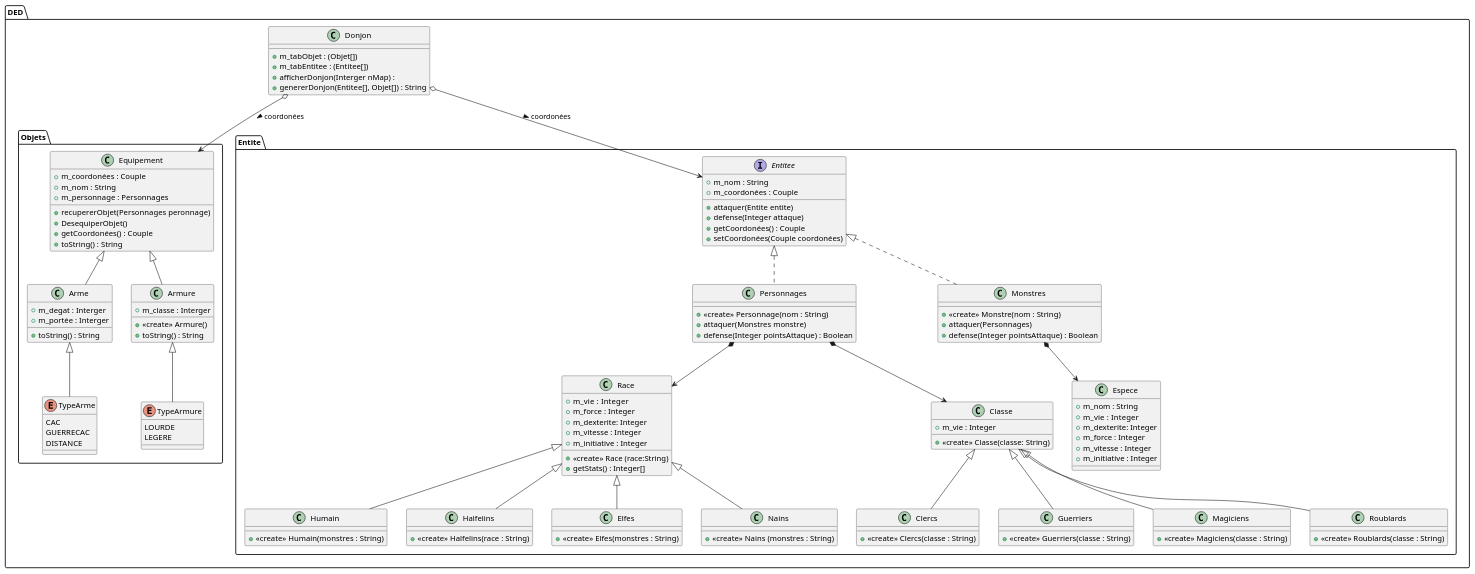
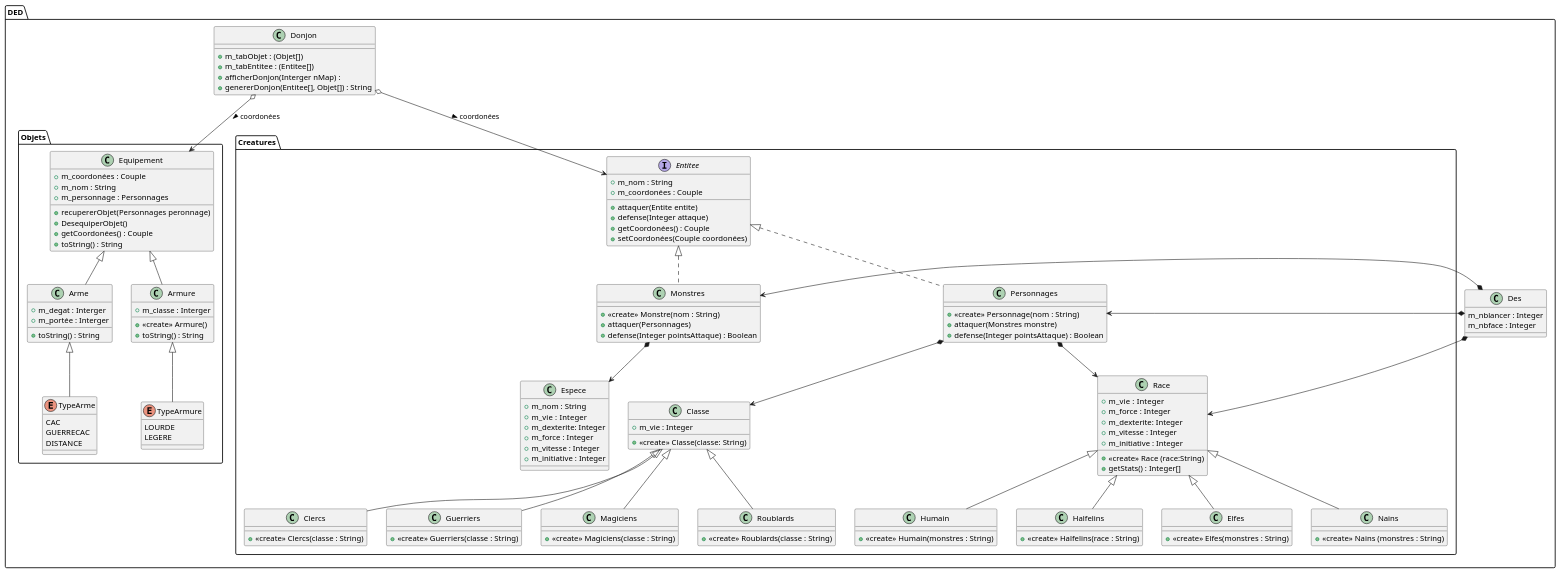
The diagram in uml/umlDeD.puml (prise12/Donjons-et-Dragons), drawn with PlantUML before and after one commit. The commit also changed 11 other files, not shown here.

```diff
--- a/uml/umlDeD.puml
+++ b/uml/umlDeD.puml
@@ -1,177 +1,185 @@
 @startuml
 'https://plantuml.com/class-diagram
 scale 1
 
 package DED{
+
+    class Des{
+    m_nblancer : Integer
+    m_nbface : Integer
+    }
+
 
     package Objets {
 
 
 
         class Equipement {
             + m_coordonées : Couple
             + m_nom : String
             + m_personnage : Personnages
             + recupererObjet(Personnages peronnage)
             + DesequiperObjet()
             + getCoordonées() : Couple
             + toString() : String
 
         }
 
         class Arme extends Equipement
         {
 
                 + m_degat : Interger
                 + m_portée : Interger
                 + toString() : String
         }
 
         enum TypeArme extends Arme
         {
             CAC
             GUERRECAC
             DISTANCE
         }
 
         class Armure extends Equipement
         {
                 + <<create>> Armure()
                 + m_classe : Interger
                 + toString() : String
         }
 
         enum TypeArmure    extends Armure
         {
             LOURDE
             LEGERE
         }
 
     }
 
-    package Entite {
+    package Creatures {
             interface Entitee
             {
                 + m_nom : String
                 + m_coordonées : Couple
                 + attaquer(Entite entite)
                 + defense(Integer attaque)
                 + getCoordonées() : Couple
                 + setCoordonées(Couple coordonées)
             }
 
             class Personnages implements Entitee
             {
                 +<<create>> Personnage(nom : String)
                 +attaquer(Monstres monstre)
                 +defense(Integer pointsAttaque) : Boolean
             }
 
             class Race
             {
                 + <<create>> Race (race:String)
                 + m_vie  : Integer
                 + m_force : Integer
                 + m_dexterite: Integer
                 + m_vitesse : Integer
                 + m_initiative : Integer
                 + getStats() : Integer[]
 
             }
 
             class Humain extends Race
             {
                 +<<create>> Humain(monstres : String)
 
             }
 
             class Halfelins extends Race
             {
                 +<<create>> Halfelins(race : String)
 
             }
 
             class Elfes extends Race
             {
                 +<<create>> Elfes(monstres : String)
 
             }
 
             class Nains extends Race
             {
                 +<<create>> Nains (monstres : String)
 
             }
 
             class Classe
             {
                 +<<create>> Classe(classe: String)
                 +m_vie : Integer
             }
 
             class Clercs extends Classe
             {
                 +<<create>> Clercs(classe : String)
 
 
             }
 
             class Guerriers extends Classe
             {
                 +<<create>> Guerriers(classe : String)
 
             }
 
             class Magiciens extends Classe
             {
                 +<<create>> Magiciens(classe : String)
             }
 
             class Roublards extends Classe
             {
                 +<<create>> Roublards(classe : String)
             }
 
             class Monstres implements Entitee
             {
 
                 +<<create>> Monstre(nom : String)
                 +attaquer(Personnages)
                 +defense(Integer pointsAttaque) : Boolean
             }
 
             class Espece
             {
                 +m_nom : String
                 +m_vie  : Integer
                 +m_dexterite: Integer
                 +m_force : Integer
                 +m_vitesse : Integer
                 +m_initiative : Integer
             }
 
     }
 
 
     class Donjon
     {
-
         + m_tabObjet : (Objet[])
         + m_tabEntitee : (Entitee[])
         + afficherDonjon(Interger nMap) :
         + genererDonjon(Entitee[], Objet[]) : String
     }
 
 }
 
 
 Donjon o--> Equipement : > coordonées
 Donjon o--> Entitee: > coordonées
 Personnages *--> Race
 Personnages *--> Classe
 Monstres *--> Espece
+Des *-> Personnages
+Des *-> Race
+Des *-> Monstres
 
 
 
 
 @enduml
```
